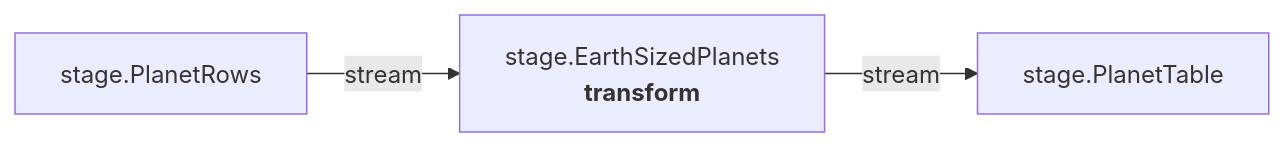
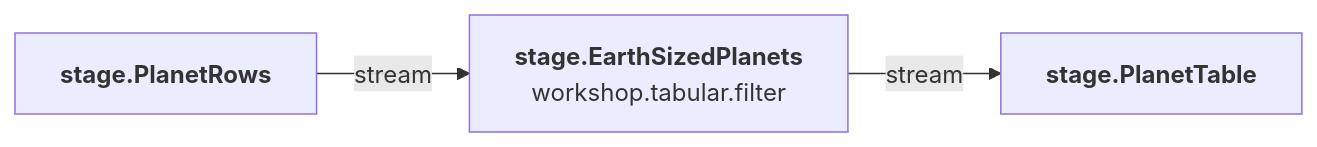
Before and after one commit to FAST-HEP/fasthep-flow: the first of 3 diagrams in docs/extending/transforms.md, drawn with Mermaid. The commit also changed other lines of this file and 9 other files, not shown here.

````diff
--- a/docs/extending/transforms.md
+++ b/docs/extending/transforms.md
@@ -59,9 +59,9 @@
 ```{mermaid}
 flowchart LR
-    Previous["stage.PlanetRows"]
-    Filter["stage.EarthSizedPlanets<br/><b>transform</b>"]
-    Next["stage.PlanetTable"]
+    Previous["<b>stage.PlanetRows</b>"]:::transform
+    Filter["<b>stage.EarthSizedPlanets</b><br/>workshop.tabular.filter"]:::transform
+    Next["<b>stage.PlanetTable</b>"]:::transform
 
     Previous -->|stream| Filter
     Filter -->|stream| Next
 ```
````
